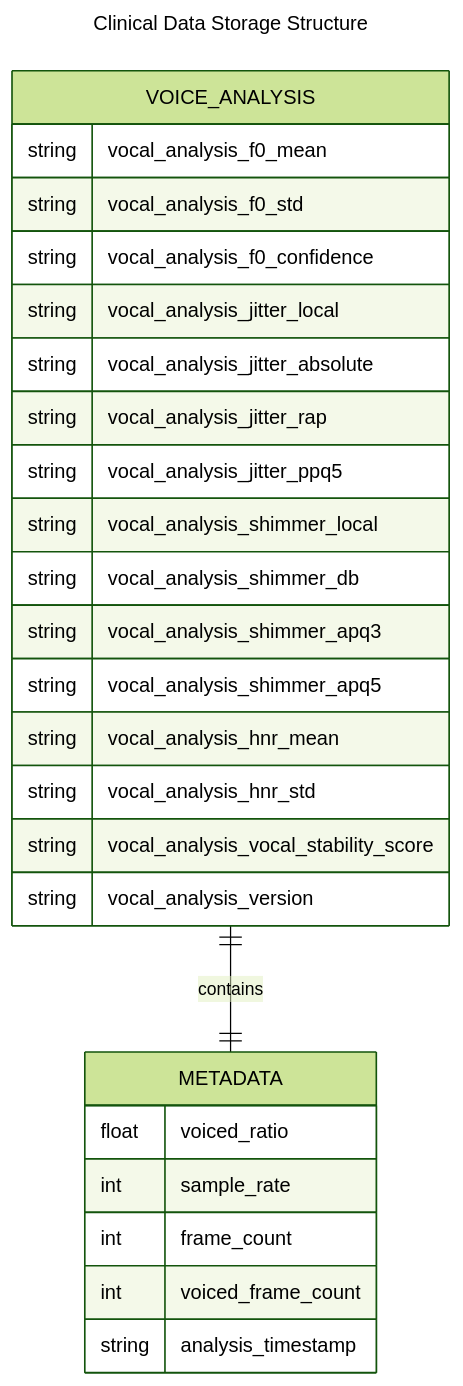
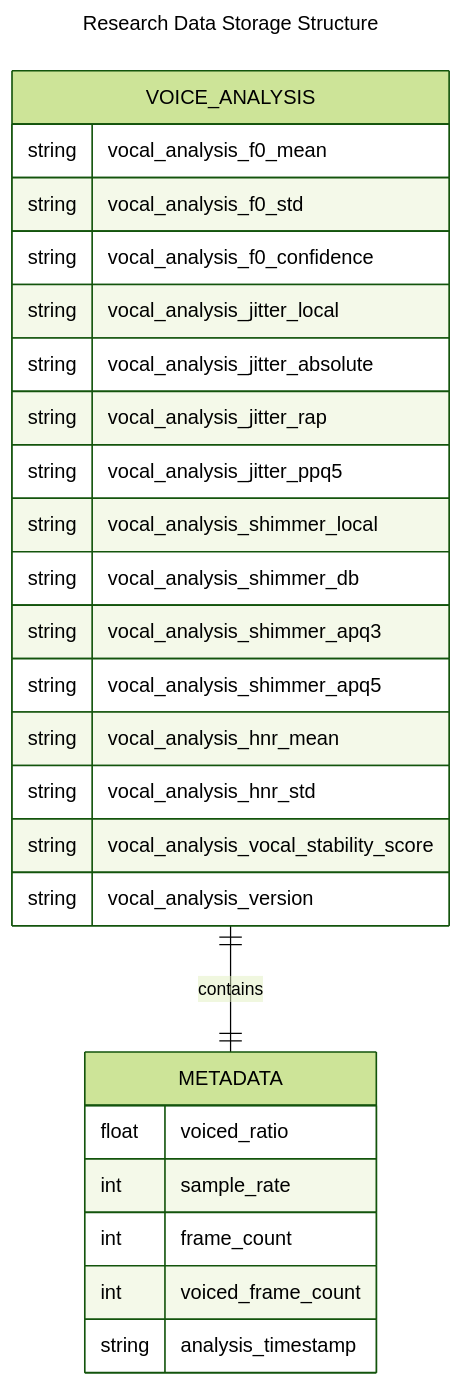
The fifth of 5 diagrams in DATA_PIPELINE.md (PoisonIvory/sage), drawn with Mermaid (forest theme) before and after one commit. The commit also changed other lines of this file and 1 other file, not shown here.

Commit message:
Update documentation language: replace clinical claims with research-appropriate terminology

````diff
--- a/DATA_PIPELINE.md
+++ b/DATA_PIPELINE.md
@@ -313,33 +313,33 @@
 ```mermaid
 ---
-title: Clinical Data Storage Structure
+title: Research Data Storage Structure
 ---
 erDiagram
     VOICE_ANALYSIS {
         string vocal_analysis_f0_mean
         string vocal_analysis_f0_std
         string vocal_analysis_f0_confidence
         string vocal_analysis_jitter_local
         string vocal_analysis_jitter_absolute
         string vocal_analysis_jitter_rap
         string vocal_analysis_jitter_ppq5
         string vocal_analysis_shimmer_local
         string vocal_analysis_shimmer_db
         string vocal_analysis_shimmer_apq3
         string vocal_analysis_shimmer_apq5
         string vocal_analysis_hnr_mean
         string vocal_analysis_hnr_std
         string vocal_analysis_vocal_stability_score
         string vocal_analysis_version
     }
     
     METADATA {
         float voiced_ratio
         int sample_rate
         int frame_count
         int voiced_frame_count
         string analysis_timestamp
     }
     
     VOICE_ANALYSIS ||--|| METADATA : contains
 ```
````
